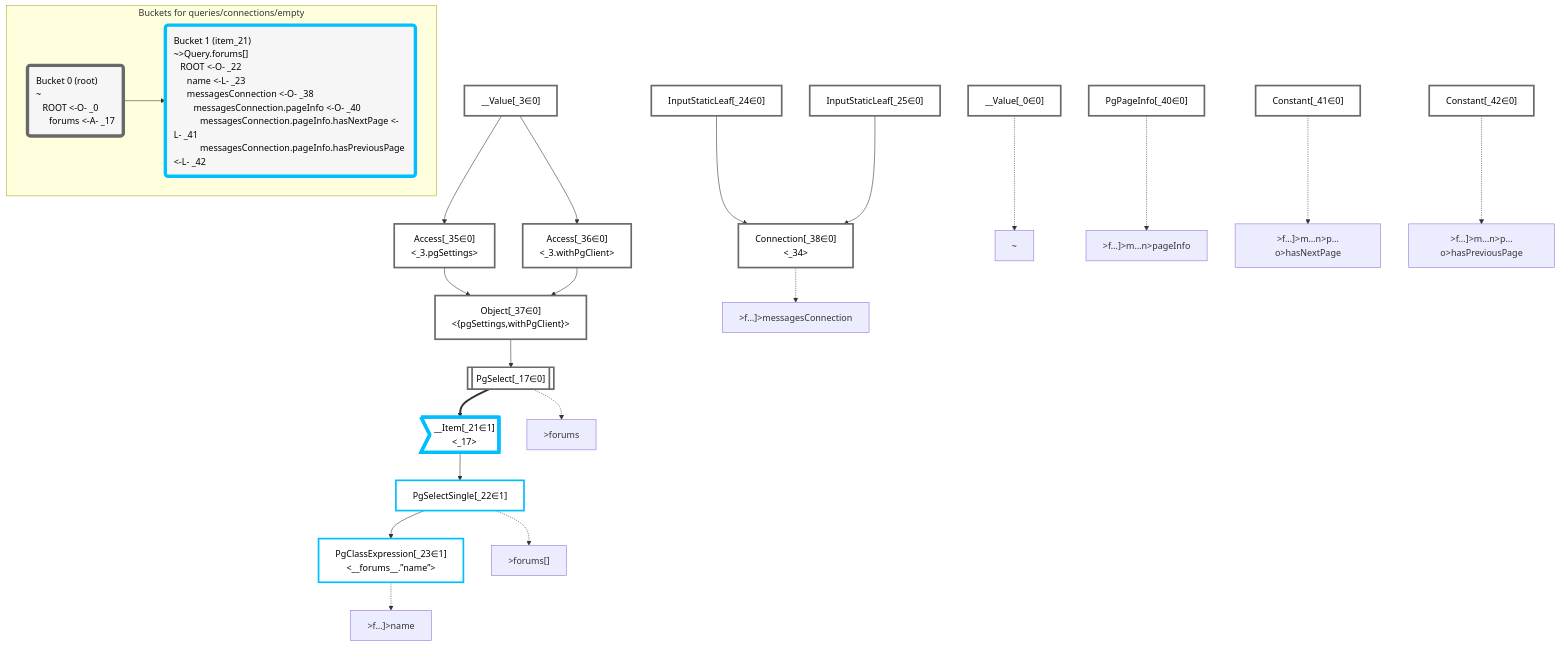
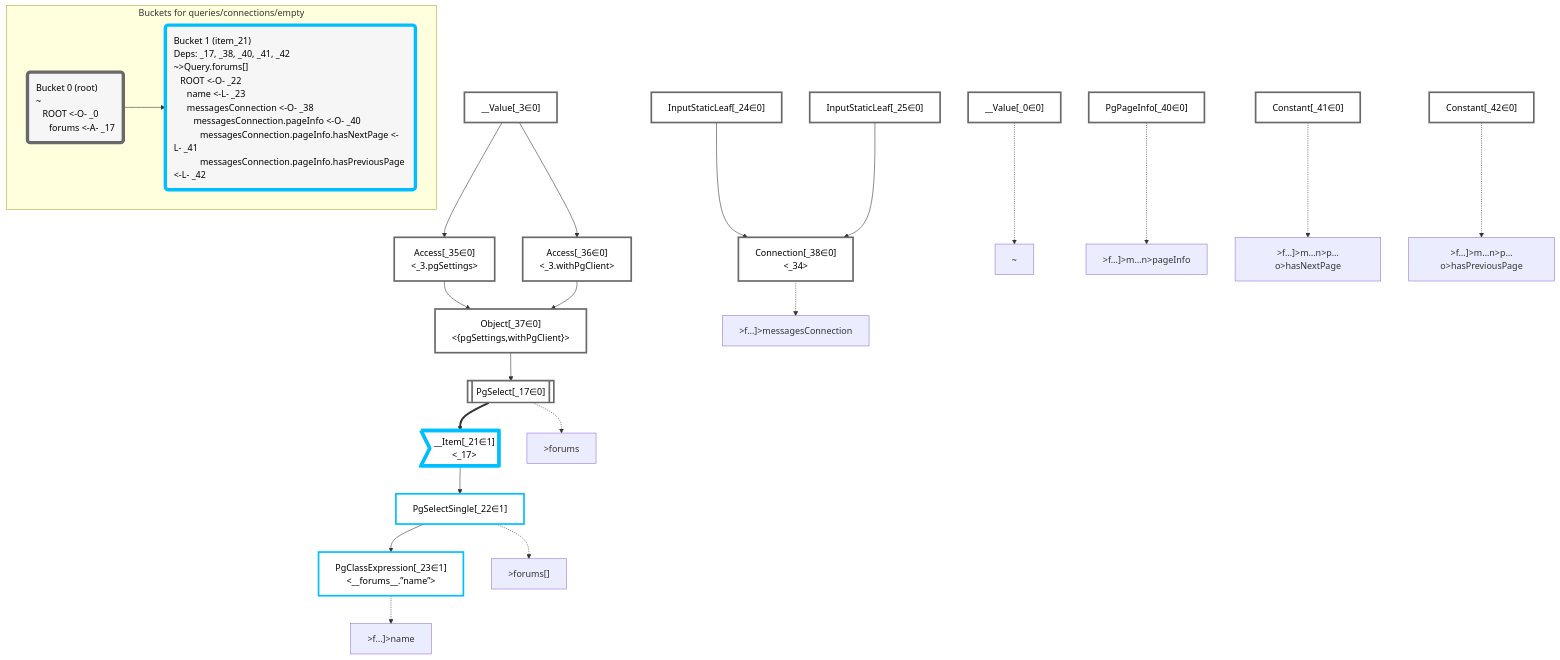
One commit to graphile/crystal changed the diagram in packages/dataplan-pg/__tests__/queries/connections/empty.deopt.mermaid.md. Above: the diagram before and after it, drawn with Mermaid. The commit also changed 157 other files, not shown here.

Commit message:
Add deps to all query snapshots

````diff
--- a/packages/dataplan-pg/__tests__/queries/connections/empty.deopt.mermaid.md
+++ b/packages/dataplan-pg/__tests__/queries/connections/empty.deopt.mermaid.md
@@ -1,70 +1,70 @@
 ```mermaid
 graph TD
     classDef path fill:#eee,stroke:#000,color:#000
     classDef plan fill:#fff,stroke-width:3px,color:#000
     classDef itemplan fill:#fff,stroke-width:6px,color:#000
     classDef sideeffectplan fill:#f00,stroke-width:6px,color:#000
     classDef bucket fill:#f6f6f6,color:#000,stroke-width:6px,text-align:left
 
 
     %% define plans
     __Value_0["__Value[_0∈0]"]:::plan
     __Value_3["__Value[_3∈0]<br /><context>"]:::plan
     PgSelect_17[["PgSelect[_17∈0]<br /><forums>"]]:::plan
     __Item_21>"__Item[_21∈1]<br /><_17>"]:::itemplan
     PgSelectSingle_22["PgSelectSingle[_22∈1]<br /><forums>"]:::plan
     PgClassExpression_23["PgClassExpression[_23∈1]<br /><__forums__.”name”>"]:::plan
     InputStaticLeaf_24["InputStaticLeaf[_24∈0]"]:::plan
     InputStaticLeaf_25["InputStaticLeaf[_25∈0]"]:::plan
     Access_35["Access[_35∈0]<br /><_3.pgSettings>"]:::plan
     Access_36["Access[_36∈0]<br /><_3.withPgClient>"]:::plan
     Object_37["Object[_37∈0]<br /><{pgSettings,withPgClient}>"]:::plan
     Connection_38["Connection[_38∈0]<br /><_34>"]:::plan
     PgPageInfo_40["PgPageInfo[_40∈0]"]:::plan
     Constant_41["Constant[_41∈0]"]:::plan
     Constant_42["Constant[_42∈0]"]:::plan
 
     %% plan dependencies
     Object_37 --> PgSelect_17
     PgSelect_17 ==> __Item_21
     __Item_21 --> PgSelectSingle_22
     PgSelectSingle_22 --> PgClassExpression_23
     __Value_3 --> Access_35
     __Value_3 --> Access_36
     Access_35 --> Object_37
     Access_36 --> Object_37
     InputStaticLeaf_24 --> Connection_38
     InputStaticLeaf_25 --> Connection_38
 
     %% plan-to-path relationships
     P_0["~"]
     __Value_0 -.-> P_0
     P_17[">forums"]
     PgSelect_17 -.-> P_17
     P_22[">forums[]"]
     PgSelectSingle_22 -.-> P_22
     P_23[">f…]>name"]
     PgClassExpression_23 -.-> P_23
     P_38[">f…]>messagesConnection"]
     Connection_38 -.-> P_38
     P_40[">f…]>m…n>pageInfo"]
     PgPageInfo_40 -.-> P_40
     P_41[">f…]>m…n>p…o>hasNextPage"]
     Constant_41 -.-> P_41
     P_42[">f…]>m…n>p…o>hasPreviousPage"]
     Constant_42 -.-> P_42
 
     %% allocate buckets
     classDef bucket0 stroke:#696969
     class __Value_0,__Value_3,PgSelect_17,InputStaticLeaf_24,InputStaticLeaf_25,Access_35,Access_36,Object_37,Connection_38,PgPageInfo_40,Constant_41,Constant_42 bucket0
     classDef bucket1 stroke:#00bfff
     class __Item_21,PgSelectSingle_22,PgClassExpression_23 bucket1
 
     subgraph "Buckets for queries/connections/empty"
     Bucket0("Bucket 0 (root)<br />~<br />⠀ROOT <-O- _0<br />⠀⠀forums <-A- _17"):::bucket
     style Bucket0 stroke:#696969
-    Bucket1("Bucket 1 (item_21)<br />~>Query.forums[]<br />⠀ROOT <-O- _22<br />⠀⠀name <-L- _23<br />⠀⠀messagesConnection <-O- _38<br />⠀⠀⠀messagesConnection.pageInfo <-O- _40<br />⠀⠀⠀⠀messagesConnection.pageInfo.hasNextPage <-L- _41<br />⠀⠀⠀⠀messagesConnection.pageInfo.hasPreviousPage <-L- _42"):::bucket
+    Bucket1("Bucket 1 (item_21)<br />Deps: _17, _38, _40, _41, _42<br />~>Query.forums[]<br />⠀ROOT <-O- _22<br />⠀⠀name <-L- _23<br />⠀⠀messagesConnection <-O- _38<br />⠀⠀⠀messagesConnection.pageInfo <-O- _40<br />⠀⠀⠀⠀messagesConnection.pageInfo.hasNextPage <-L- _41<br />⠀⠀⠀⠀messagesConnection.pageInfo.hasPreviousPage <-L- _42"):::bucket
     style Bucket1 stroke:#00bfff
     Bucket0 --> Bucket1
     end
 ```
````
